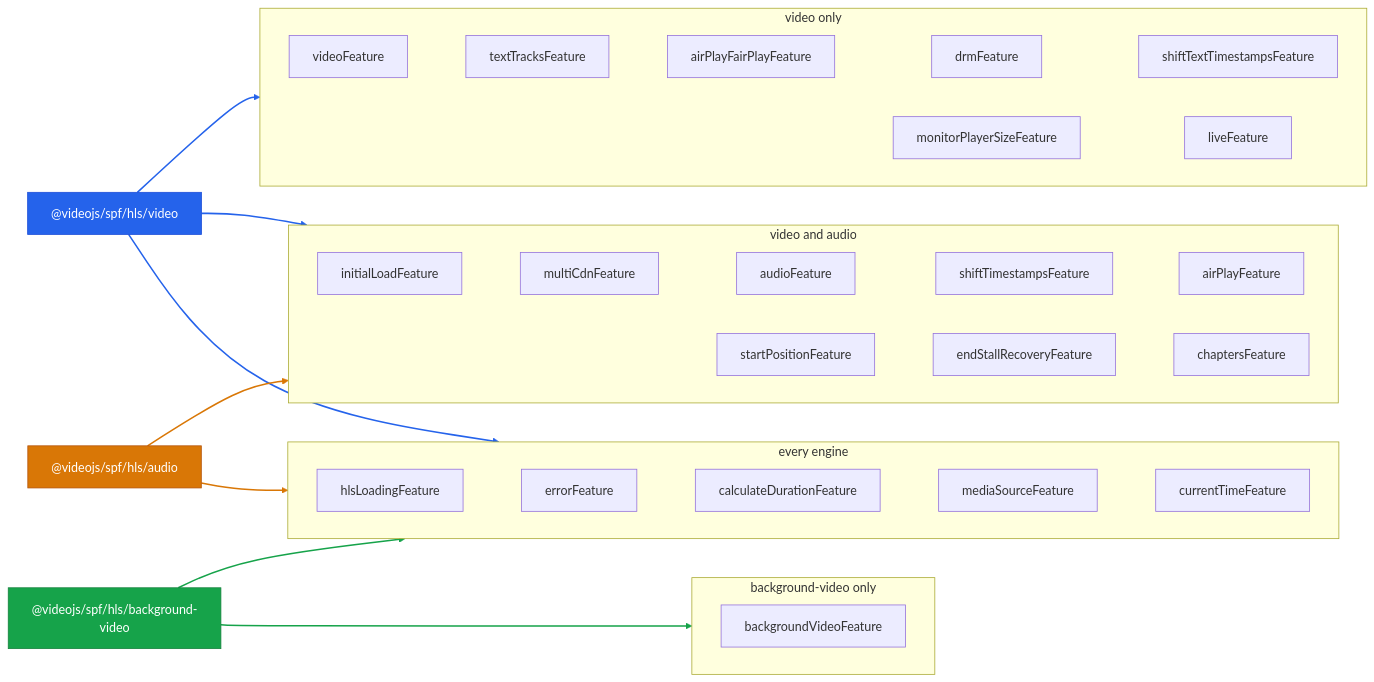
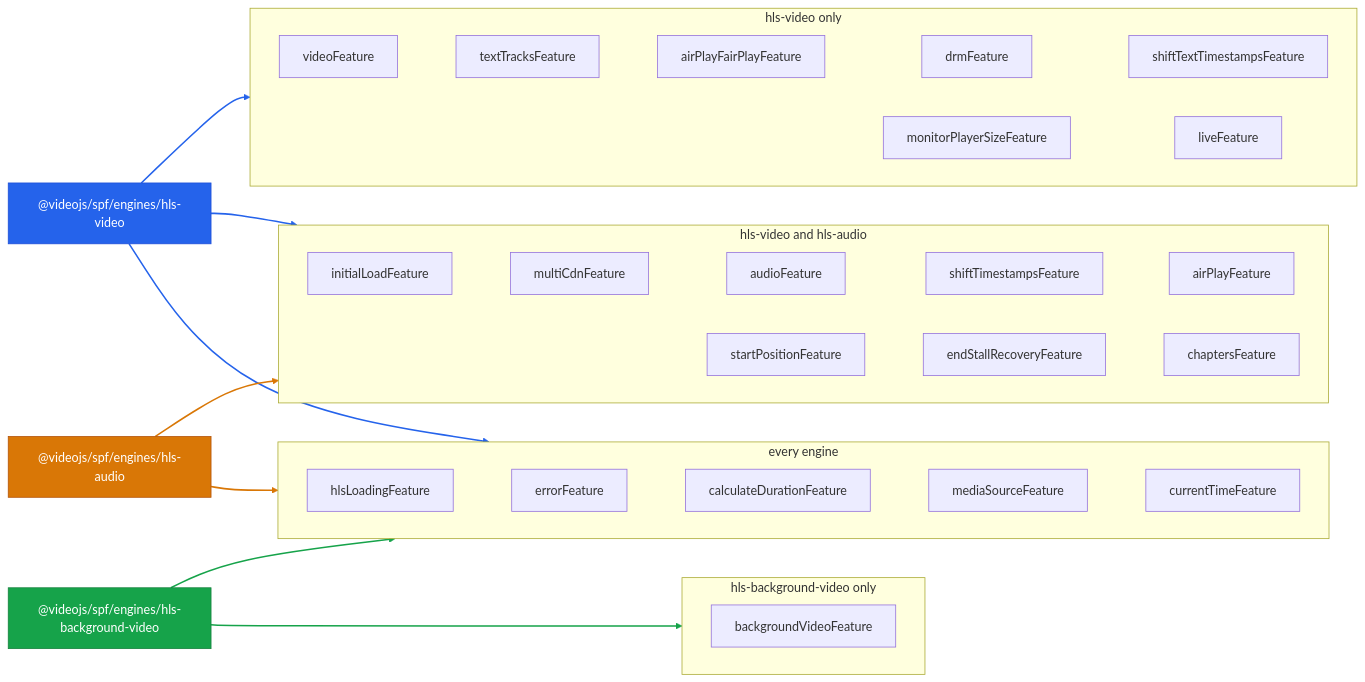
One commit to videojs/video.js changed the diagram in packages/spf/docs/reference/README.md. Above: the diagram before and after it, drawn with Mermaid. The commit also changed other lines of this file and 25 other files, not shown here.

First line of the commit message:
build(spf): follow the engines to their engines/ entry points

````diff
--- a/packages/spf/docs/reference/README.md
+++ b/packages/spf/docs/reference/README.md
@@ -11,61 +11,61 @@
 ```mermaid
 graph LR
-  classDef engine_video fill:#2563eb,stroke:#1d4ed8,color:#fff
-  engine_video["@videojs/spf/hls/video"]:::engine_video
-  classDef engine_audio fill:#d97706,stroke:#b45309,color:#fff
-  engine_audio["@videojs/spf/hls/audio"]:::engine_audio
-  classDef engine_background_video fill:#16a34a,stroke:#15803d,color:#fff
-  engine_background_video["@videojs/spf/hls/background-video"]:::engine_background_video
-  subgraph group_0["video only"]
+  classDef engine_hls_video fill:#2563eb,stroke:#1d4ed8,color:#fff
+  engine_hls_video["@videojs/spf/engines/hls-video"]:::engine_hls_video
+  classDef engine_hls_audio fill:#d97706,stroke:#b45309,color:#fff
+  engine_hls_audio["@videojs/spf/engines/hls-audio"]:::engine_hls_audio
+  classDef engine_hls_background_video fill:#16a34a,stroke:#15803d,color:#fff
+  engine_hls_background_video["@videojs/spf/engines/hls-background-video"]:::engine_hls_background_video
+  subgraph group_0["hls-video only"]
     direction LR
     feature_video["videoFeature"]
     feature_text_tracks["textTracksFeature"]
     feature_airplay_fairplay["airPlayFairPlayFeature"]
     feature_drm["drmFeature"]
     feature_shift_text_timestamps["shiftTextTimestampsFeature"]
     feature_monitor_player_size["monitorPlayerSizeFeature"]
     feature_live["liveFeature"]
     feature_video ~~~ feature_text_tracks ~~~ feature_airplay_fairplay ~~~ feature_drm ~~~ feature_shift_text_timestamps
     feature_monitor_player_size ~~~ feature_live
   end
-  subgraph group_1["video and audio"]
+  subgraph group_1["hls-video and hls-audio"]
     direction LR
     feature_initial_load["initialLoadFeature"]
     feature_multi_cdn["multiCdnFeature"]
     feature_audio["audioFeature"]
     feature_shift_timestamps["shiftTimestampsFeature"]
     feature_airplay["airPlayFeature"]
     feature_start_position["startPositionFeature"]
     feature_end_stall_recovery["endStallRecoveryFeature"]
     feature_chapters["chaptersFeature"]
     feature_initial_load ~~~ feature_multi_cdn ~~~ feature_audio ~~~ feature_shift_timestamps ~~~ feature_airplay
     feature_start_position ~~~ feature_end_stall_recovery ~~~ feature_chapters
   end
   subgraph group_2["every engine"]
     direction LR
     feature_hls_loading["hlsLoadingFeature"]
     feature_error["errorFeature"]
     feature_calculate_duration["calculateDurationFeature"]
     feature_media_source["mediaSourceFeature"]
     feature_current_time["currentTimeFeature"]
     feature_hls_loading ~~~ feature_error ~~~ feature_calculate_duration ~~~ feature_media_source ~~~ feature_current_time
   end
-  subgraph group_3["background-video only"]
+  subgraph group_3["hls-background-video only"]
     direction LR
     feature_background_video["backgroundVideoFeature"]
   end
-  engine_video --> group_0
+  engine_hls_video --> group_0
   linkStyle 15 stroke:#2563eb,stroke-width:2px
-  engine_video --> group_1
+  engine_hls_video --> group_1
   linkStyle 16 stroke:#2563eb,stroke-width:2px
-  engine_video --> group_2
+  engine_hls_video --> group_2
   linkStyle 17 stroke:#2563eb,stroke-width:2px
-  engine_audio --> group_1
+  engine_hls_audio --> group_1
   linkStyle 18 stroke:#d97706,stroke-width:2px
-  engine_audio --> group_2
+  engine_hls_audio --> group_2
   linkStyle 19 stroke:#d97706,stroke-width:2px
-  engine_background_video --> group_2
+  engine_hls_background_video --> group_2
   linkStyle 20 stroke:#16a34a,stroke-width:2px
-  engine_background_video --> group_3
+  engine_hls_background_video --> group_3
   linkStyle 21 stroke:#16a34a,stroke-width:2px
 ```
````
